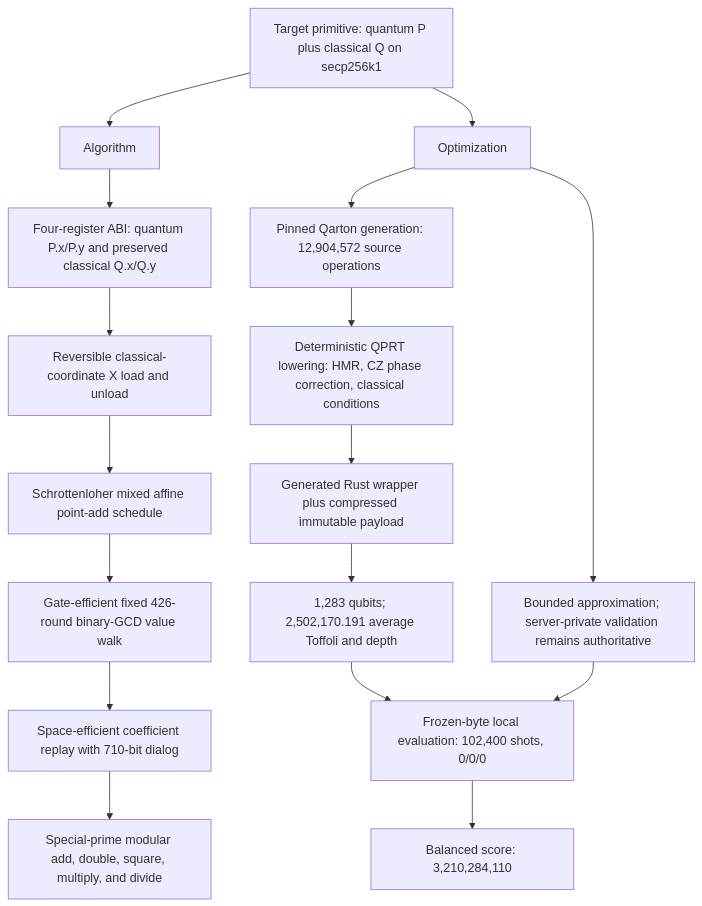
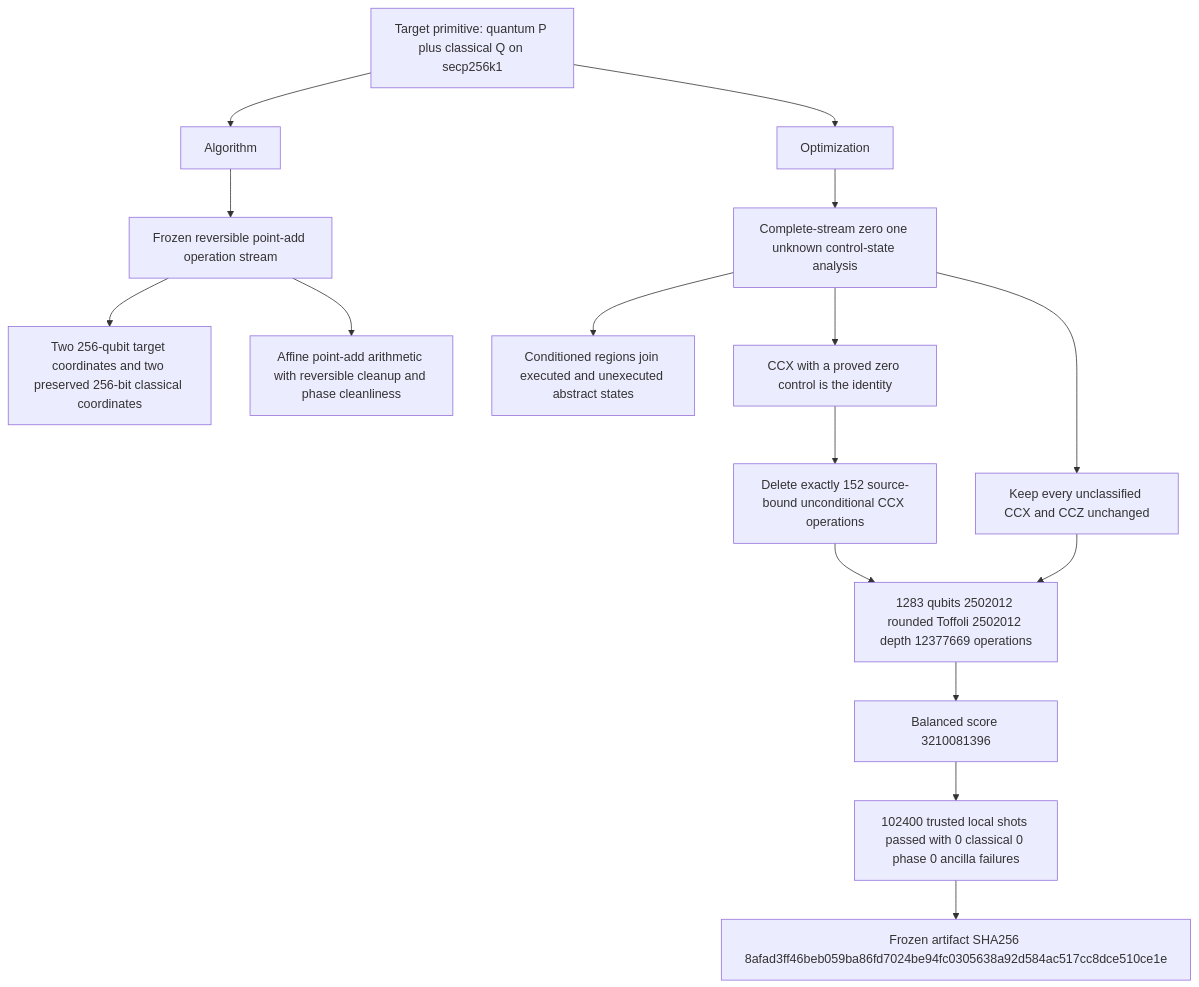
The diagram in src/point_add/architecture.mmd (ecdlp-contest/ecdlp-point-add), drawn with Mermaid before and after one commit. The commit also changed 16 other files, not shown here.

Commit message:
Accept point-add-secp256k1-v1 submission sub_mtemxhhm_lql5s8

```diff
--- a/src/point_add/architecture.mmd
+++ b/src/point_add/architecture.mmd
@@ -1,34 +1,32 @@
 flowchart TD
-    Target["Target primitive: quantum P plus classical Q on secp256k1"]
-    Algorithm["Algorithm"]
-    Optimization["Optimization"]
-    ABI["Four-register ABI: quantum P.x/P.y and preserved classical Q.x/Q.y"]
-    Load["Reversible classical-coordinate X load and unload"]
-    Affine["Schrottenloher mixed affine point-add schedule"]
-    Walk["Gate-efficient fixed 426-round binary-GCD value walk"]
-    Replay["Space-efficient coefficient replay with 710-bit dialog"]
-    Arithmetic["Special-prime modular add, double, square, multiply, and divide"]
-    Source["Pinned Qarton generation: 12,904,572 source operations"]
-    Lower["Deterministic QPRT lowering: HMR, CZ phase correction, classical conditions"]
-    Rust["Generated Rust wrapper plus compressed immutable payload"]
-    Census["1,283 qubits; 2,502,170.191 average Toffoli and depth"]
-    Shots["Frozen-byte local evaluation: 102,400 shots, 0/0/0"]
-    Score["Balanced score: 3,210,284,110"]
-    Risk["Bounded approximation; server-private validation remains authoritative"]
+  Target["Target primitive: quantum P plus classical Q on secp256k1"]
+  Algorithm["Algorithm"]
+  Optimization["Optimization"]
+  Replay["Frozen reversible point-add operation stream"]
+  Registers["Two 256-qubit target coordinates and two preserved 256-bit classical coordinates"]
+  Arithmetic["Affine point-add arithmetic with reversible cleanup and phase cleanliness"]
+  Context["Complete-stream zero one unknown control-state analysis"]
+  Branches["Conditioned regions join executed and unexecuted abstract states"]
+  Identity["CCX with a proved zero control is the identity"]
+  Delete["Delete exactly 152 source-bound unconditional CCX operations"]
+  Preserve["Keep every unclassified CCX and CCZ unchanged"]
+  Resources["1283 qubits 2502012 rounded Toffoli 2502012 depth 12377669 operations"]
+  Score["Balanced score 3210081396"]
+  Validation["102400 trusted local shots passed with 0 classical 0 phase 0 ancilla failures"]
+  Commitment["Frozen artifact SHA256 8afad3ff46beb059ba86fd7024be94fc0305638a92d584ac517cc8dce510ce1e"]
 
-    Target --> Algorithm
-    Target --> Optimization
-    Algorithm --> ABI
-    ABI --> Load
-    Load --> Affine
-    Affine --> Walk
-    Walk --> Replay
-    Replay --> Arithmetic
-    Optimization --> Source
-    Source --> Lower
-    Lower --> Rust
-    Rust --> Census
-    Census --> Shots
-    Shots --> Score
-    Optimization --> Risk
-    Risk --> Shots
+  Target --> Algorithm
+  Target --> Optimization
+  Algorithm --> Replay
+  Replay --> Registers
+  Replay --> Arithmetic
+  Optimization --> Context
+  Context --> Branches
+  Context --> Identity
+  Identity --> Delete
+  Context --> Preserve
+  Delete --> Resources
+  Preserve --> Resources
+  Resources --> Score
+  Score --> Validation
+  Validation --> Commitment
```
